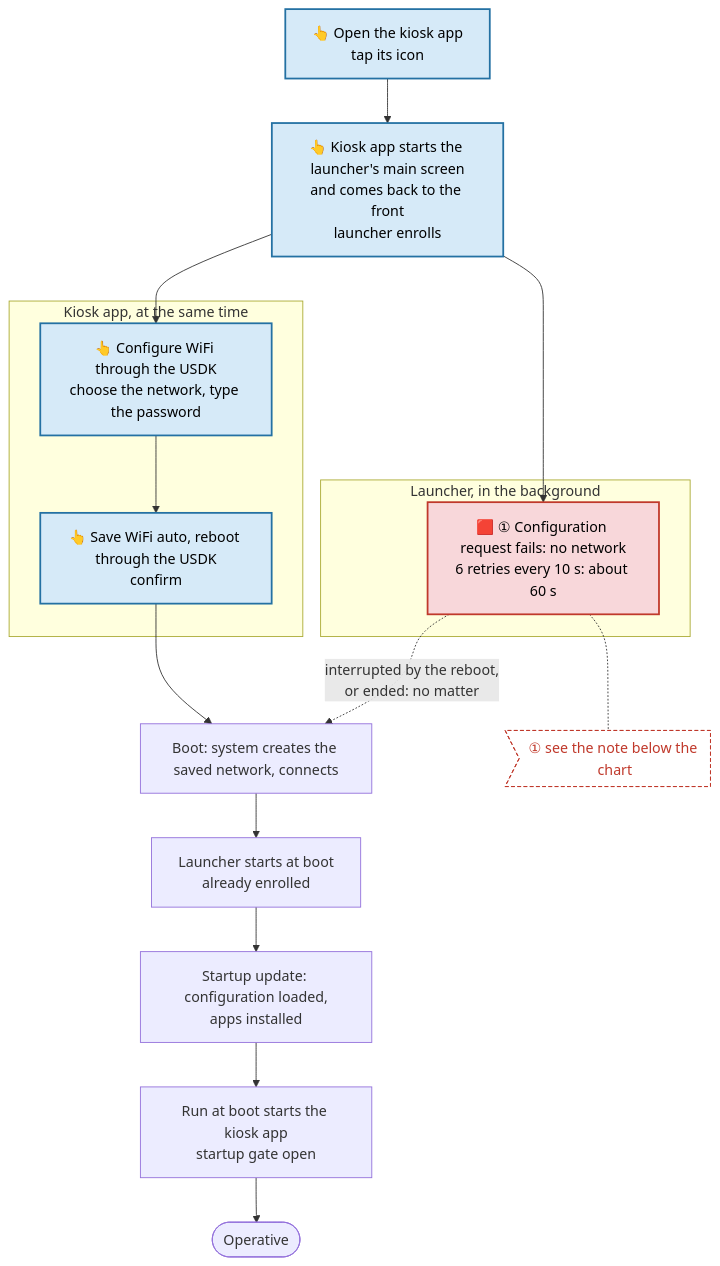
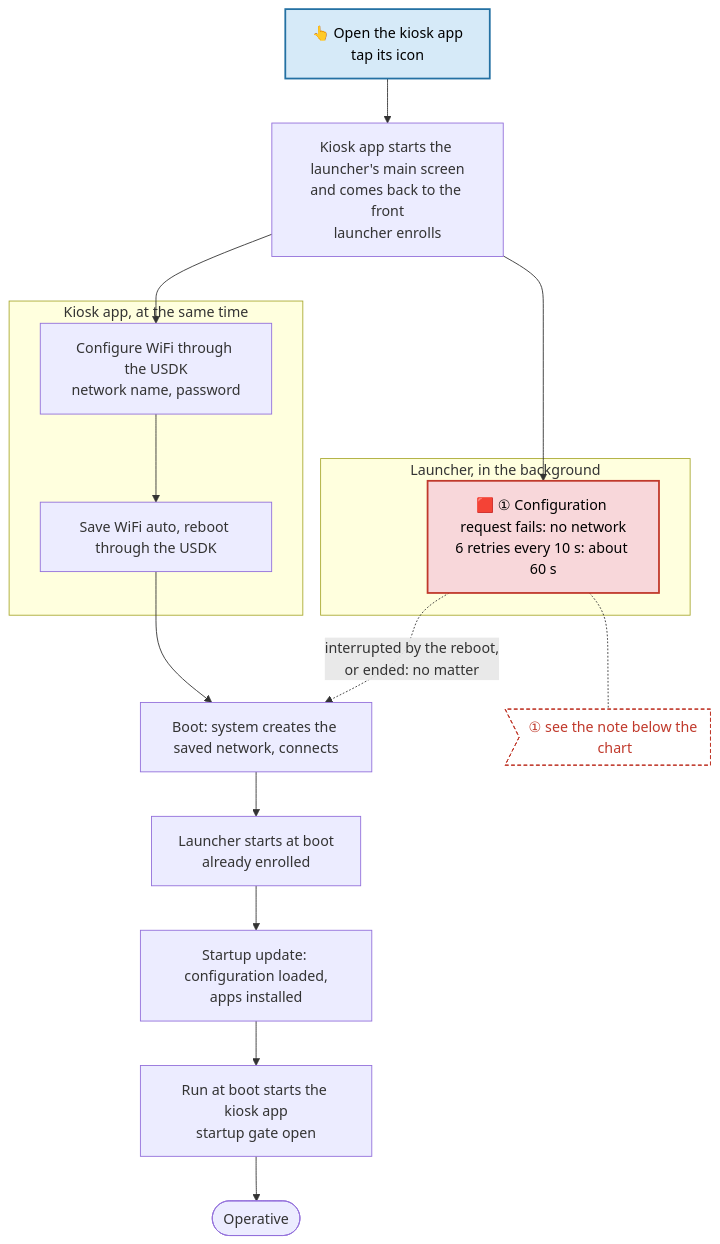
Before and after one commit to rch-fw/HmdmChangeDeviceNumber: the third of 4 diagrams in docs/wifi-setup.md, drawn with Mermaid. The commit also changed other lines of this file, not shown here.

First line of the commit message:
Docs: only tapping the kiosk app's icon and allowing a suggestion need the user

````diff
--- a/docs/wifi-setup.md
+++ b/docs/wifi-setup.md
@@ -204,24 +204,24 @@
 ```mermaid
 flowchart TD
-    A[👆 Open the kiosk app<br/>tap its icon] --> B[👆 Kiosk app starts the launcher's main screen<br/>and comes back to the front<br/>launcher enrolls]
+    A[👆 Open the kiosk app<br/>tap its icon] --> B[Kiosk app starts the launcher's main screen<br/>and comes back to the front<br/>launcher enrolls]
     B --> P1 & P2
     subgraph L1 [Launcher, in the background]
         P1[🟥 ① Configuration request fails: no network<br/>6 retries every 10 s: about 60 s]
     end
     subgraph U1 [Kiosk app, at the same time]
-        P2[👆 Configure WiFi through the USDK<br/>choose the network, type the password] --> D[👆 Save WiFi auto, reboot through the USDK<br/>confirm]
+        P2[Configure WiFi through the USDK<br/>network name, password] --> D[Save WiFi auto, reboot through the USDK]
     end
     P1 -. interrupted by the reboot,<br/>or ended: no matter .-> E
     D --> E[Boot: system creates the saved network, connects]
     E --> F[Launcher starts at boot<br/>already enrolled]
     F --> G[Startup update: configuration loaded,<br/>apps installed]
     G --> H[Run at boot starts the kiosk app<br/>startup gate open]
     H --> K([Operative])
     classDef delay60 fill:#f8d7da,stroke:#c0392b,stroke-width:2px,color:#000
     class P1 delay60
     P1 -.- N1>"① see the note below the chart"]
     class N1 note60
     classDef note60 fill:#fff,stroke:#c0392b,stroke-dasharray:4 3,color:#c0392b
     classDef user fill:#d6eaf8,stroke:#2471a3,stroke-width:2px,color:#000
-    class A,B,P2,D user
+    class A user
 ```
````
